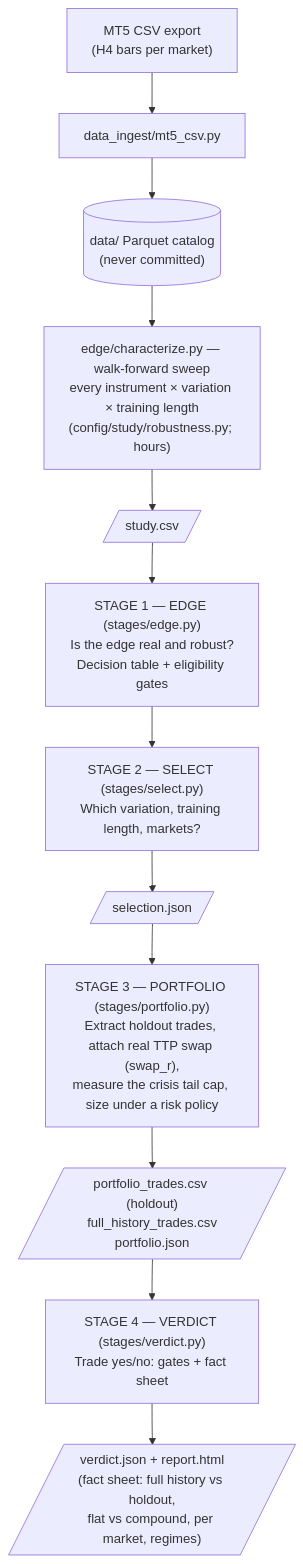
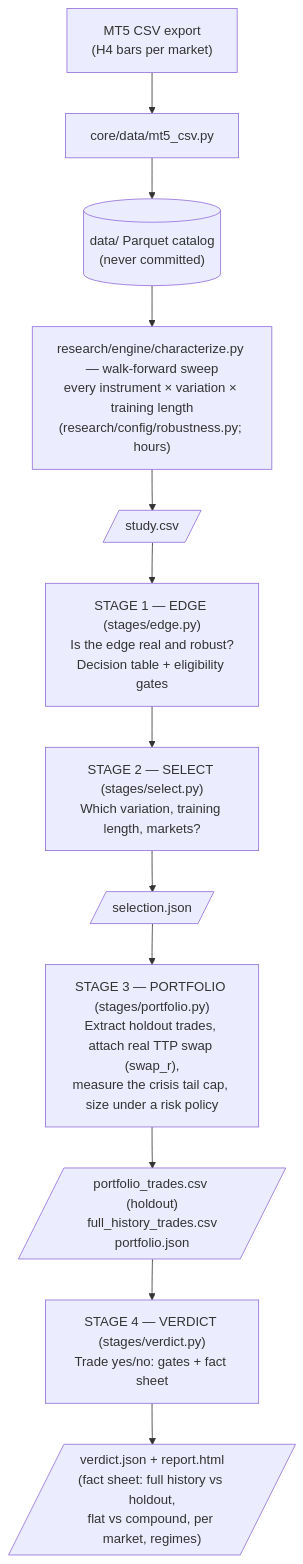
Before and after one commit to QPlus-Capital/trading-system: the second of 5 diagrams in docs/architecture.md, drawn with Mermaid. The commit also changed other lines of this file and 156 other files, not shown here.

````diff
--- a/docs/architecture.md
+++ b/docs/architecture.md
@@ -61,18 +61,18 @@
 ```mermaid
 flowchart TD
-    CSV["MT5 CSV export<br/>(H4 bars per market)"] --> INGEST["data_ingest/mt5_csv.py"]
+    CSV["MT5 CSV export<br/>(H4 bars per market)"] --> INGEST["core/data/mt5_csv.py"]
     INGEST --> CAT[("data/ Parquet catalog<br/>(never committed)")]
 
-    CAT --> SWEEP["edge/characterize.py — walk-forward sweep<br/>every instrument × variation × training length<br/>(config/study/robustness.py; hours)"]
+    CAT --> SWEEP["research/engine/characterize.py — walk-forward sweep<br/>every instrument × variation × training length<br/>(research/config/robustness.py; hours)"]
     SWEEP --> STUDY[/"study.csv"/]
 
     STUDY --> S1["STAGE 1 — EDGE (stages/edge.py)<br/>Is the edge real and robust?<br/>Decision table + eligibility gates"]
     S1 --> S2["STAGE 2 — SELECT (stages/select.py)<br/>Which variation, training length, markets?"]
     S2 --> SEL[/"selection.json"/]
 
     SEL --> S3["STAGE 3 — PORTFOLIO (stages/portfolio.py)<br/>Extract holdout trades, attach real TTP swap (swap_r),<br/>measure the crisis tail cap, size under a risk policy"]
     S3 --> PT[/"portfolio_trades.csv (holdout)<br/>full_history_trades.csv<br/>portfolio.json"/]
 
     PT --> S4["STAGE 4 — VERDICT (stages/verdict.py)<br/>Trade yes/no: gates + fact sheet"]
     S4 --> OUT[/"verdict.json + report.html<br/>(fact sheet: full history vs holdout,<br/>flat vs compound, per market, regimes)"/]
 ```
````
